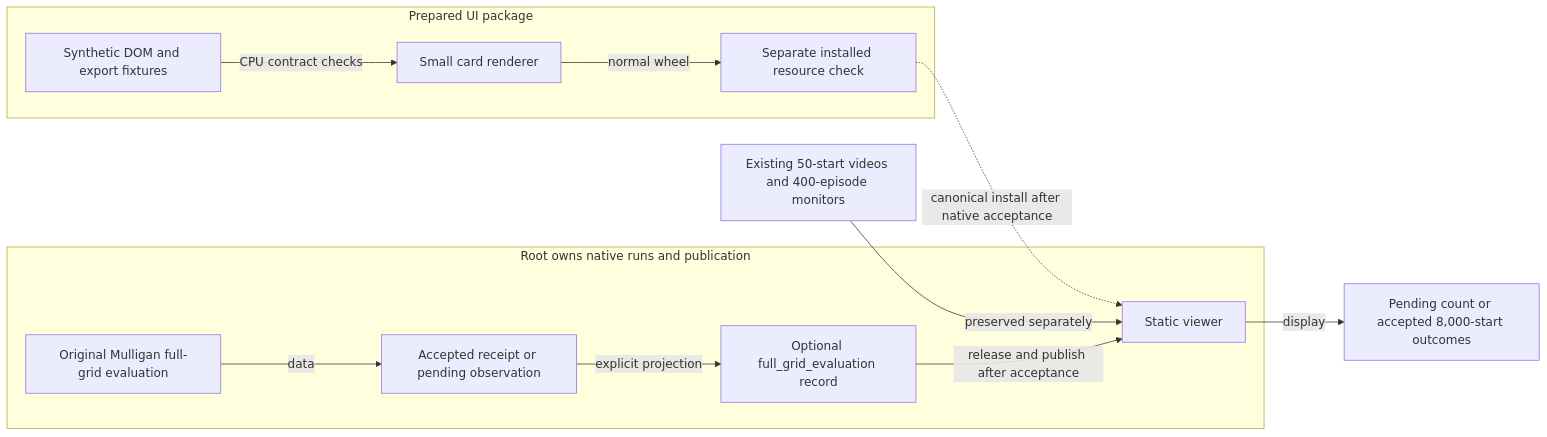
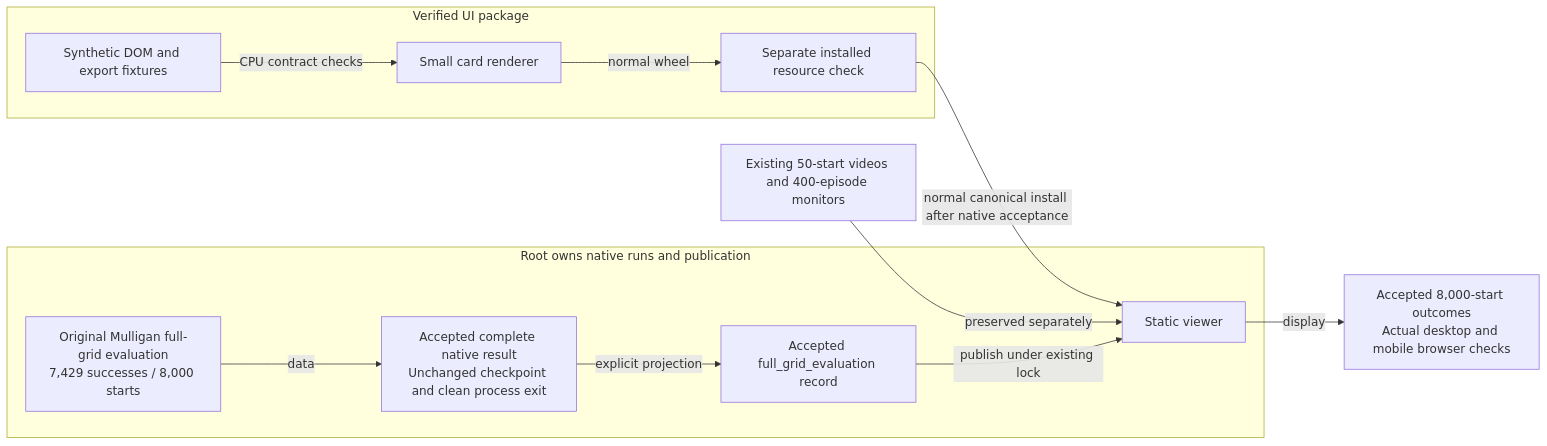
One commit to aditya9729/abc changed the diagram in docs/bench/MULLIGAN_FULL_GRID_VIEWER.mmd. Above: the diagram before and after it, drawn with Mermaid. The commit also changed 5 other files, not shown here.

Commit message:
Publish complete Mulligan grid results and original-recipe audit

```diff
--- a/docs/bench/MULLIGAN_FULL_GRID_VIEWER.mmd
+++ b/docs/bench/MULLIGAN_FULL_GRID_VIEWER.mmd
@@ -1,13 +1,13 @@
 flowchart LR
   subgraph Root[Root owns native runs and publication]
-    A[Original Mulligan full-grid evaluation] -->|data| R[Accepted receipt or pending observation]
-    R -->|explicit projection| J[Optional full_grid_evaluation record]
-    J -->|release and publish after acceptance| V[Static viewer]
+    A[Original Mulligan full-grid evaluation<br/>7,429 successes / 8,000 starts] -->|data| R[Accepted complete native result<br/>Unchanged checkpoint and clean process exit]
+    R -->|explicit projection| J[Accepted full_grid_evaluation record]
+    J -->|publish under existing lock| V[Static viewer]
   end
-  subgraph Candidate[Prepared UI package]
+  subgraph Package[Verified UI package]
     C[Small card renderer] -->|normal wheel| W[Separate installed resource check]
-    W -.->|canonical install after native acceptance| V
+    W -->|normal canonical install after native acceptance| V
     F[Synthetic DOM and export fixtures] -->|CPU contract checks| C
   end
-  V -->|display| O[Pending count or accepted 8,000-start outcomes]
+  V -->|display| O[Accepted 8,000-start outcomes<br/>Actual desktop and mobile browser checks]
   P[Existing 50-start videos and 400-episode monitors] -->|preserved separately| V
```
